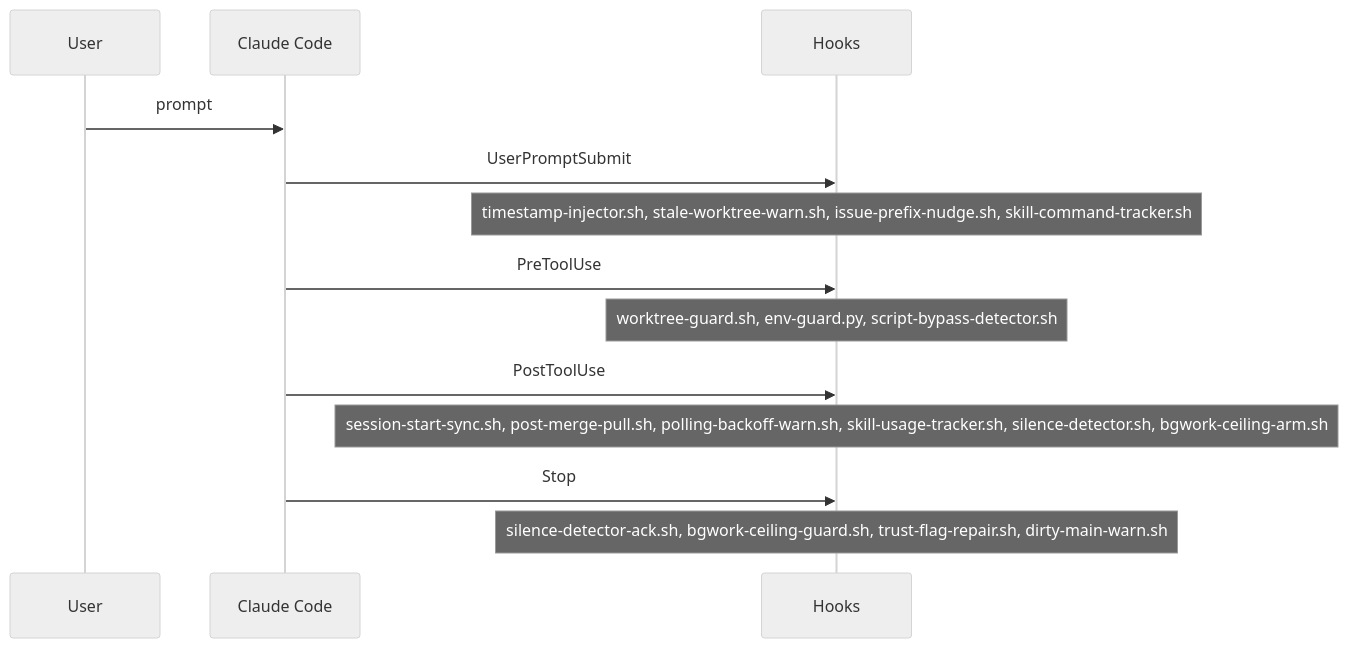
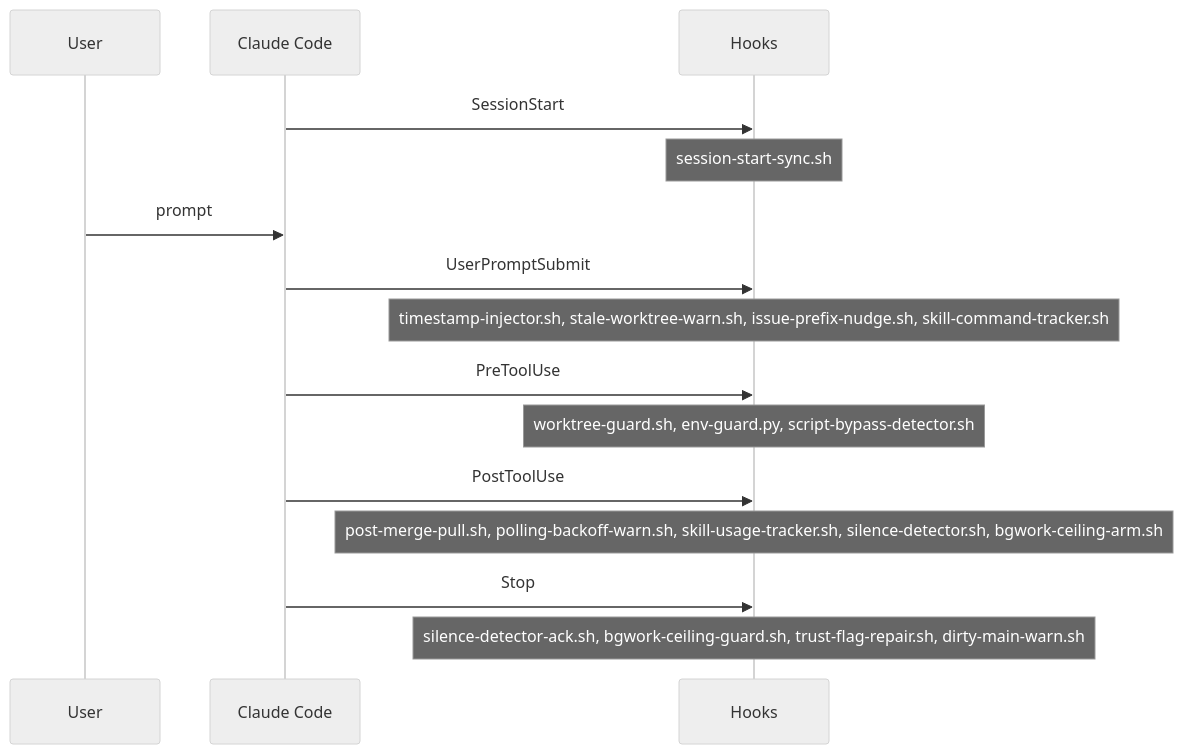
Before and after one commit to auerbachb/claude-code-config: the diagram in .claude/reference/diagrams/hook-lifecycle.md, drawn with Mermaid (neutral theme). The commit also changed 5 other files, not shown here.

First line of the commit message:
fix(#792): move session-start-sync to the SessionStart hook event

````diff
--- a/.claude/reference/diagrams/hook-lifecycle.md
+++ b/.claude/reference/diagrams/hook-lifecycle.md
@@ -5,15 +5,17 @@
 ```mermaid
 sequenceDiagram
   participant U as User
   participant CC as Claude Code
   participant H as Hooks
+  CC->>H: SessionStart
+  Note over H: session-start-sync.sh
   U->>CC: prompt
   CC->>H: UserPromptSubmit
   Note over H: timestamp-injector.sh, stale-worktree-warn.sh, issue-prefix-nudge.sh, skill-command-tracker.sh
   CC->>H: PreToolUse
   Note over H: worktree-guard.sh, env-guard.py, script-bypass-detector.sh
   CC->>H: PostToolUse
-  Note over H: session-start-sync.sh, post-merge-pull.sh, polling-backoff-warn.sh, skill-usage-tracker.sh, silence-detector.sh, bgwork-ceiling-arm.sh
+  Note over H: post-merge-pull.sh, polling-backoff-warn.sh, skill-usage-tracker.sh, silence-detector.sh, bgwork-ceiling-arm.sh
   CC->>H: Stop
   Note over H: silence-detector-ack.sh, bgwork-ceiling-guard.sh, trust-flag-repair.sh, dirty-main-warn.sh
 ```
````
